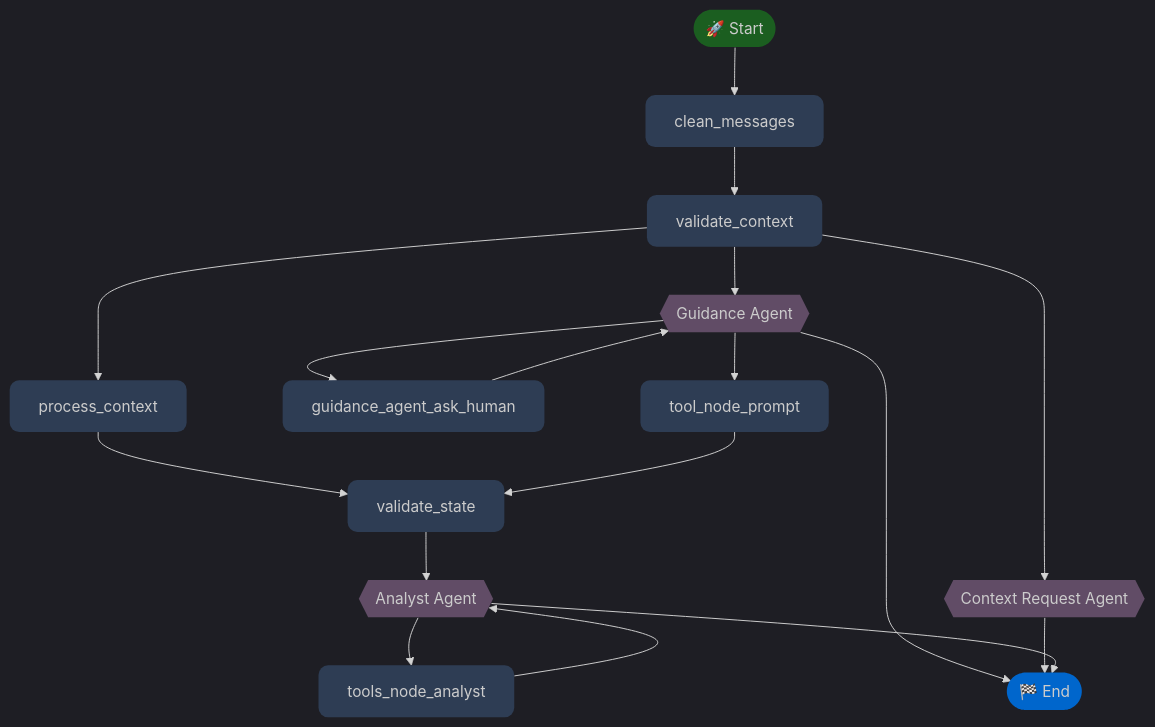
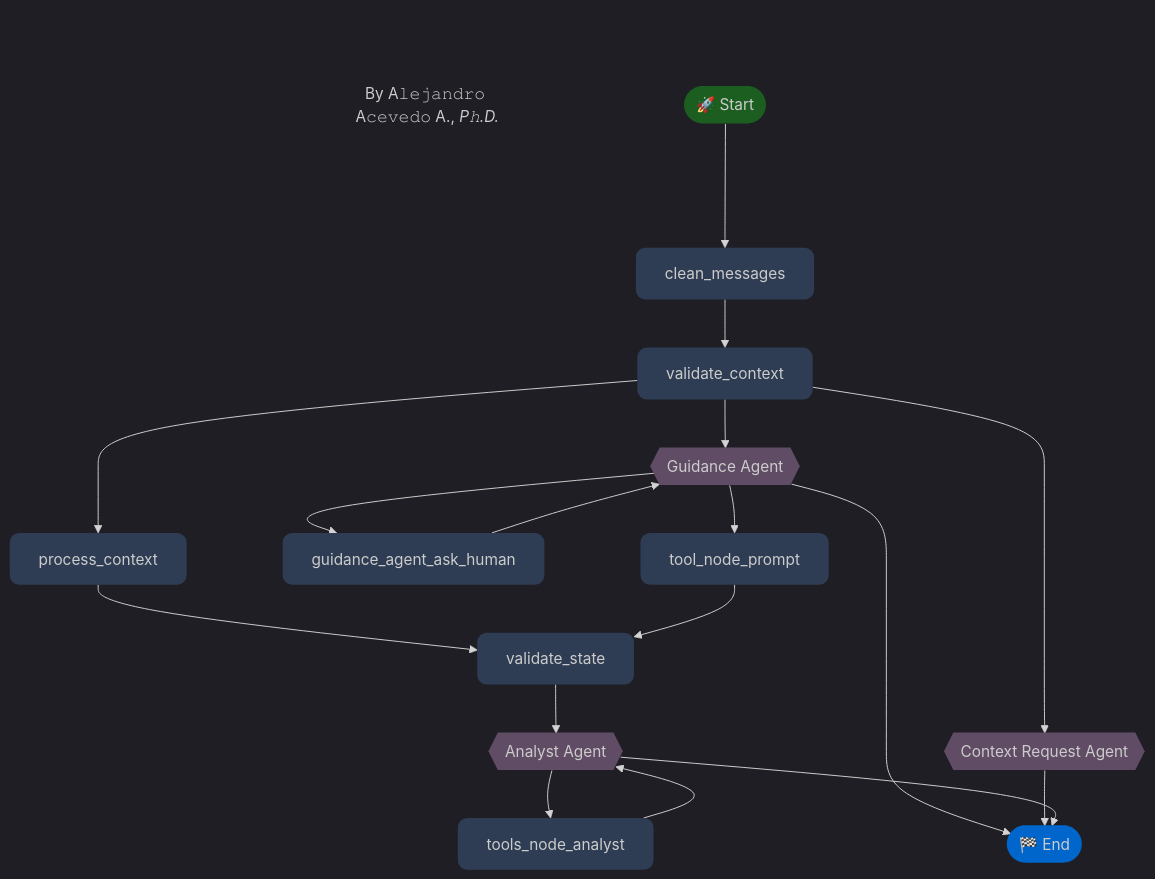
Before and after one commit to Cognition-Flux/Grokker: the diagram in README.md, drawn with Mermaid.

````diff
--- a/README.md
+++ b/README.md
@@ -9,48 +9,54 @@
 ```mermaid
 %%{
     init: {
         'theme': 'dark',
         'flowchart': {
             'curve': 'basis',
             'defaultLinkColor': '#4B6B8C',
             'nodeSpacing': 100,
             'rankSpacing': 50
         }
     }
 }%%
 graph TD;
+    subgraph author[" "]
+        direction LR
+        auth["By A𝚕𝚎𝚓𝚊𝚗𝚍𝚛𝚘 A𝚌𝚎𝚟𝚎𝚍𝚘 A., <i>P𝚑.D.</i>"]
+        style auth fill:none,stroke:none
+    end
+    style author fill:none,stroke:none
     START([🚀 Start]):::first --> clean_messages
     clean_messages --> validate_context
     
     validate_context --> guidance_agent{{Guidance Agent}}
     validate_context --> process_context
     validate_context --> context_request_agent{{Context Request Agent}}
     
     guidance_agent{{Guidance Agent}} --> guidance_agent_ask_human
     guidance_agent{{Guidance Agent}} --> tool_node_prompt
     guidance_agent{{Guidance Agent}} --> END([🏁 End]):::last
     
     guidance_agent_ask_human --> guidance_agent{{Guidance Agent}}
     
     process_context --> validate_state
     tool_node_prompt --> validate_state
     
     context_request_agent{{Context Request Agent}} --> END
     
     validate_state --> analyst_agent{{Analyst Agent}}
     
     analyst_agent{{Analyst Agent}} --> tools_node_analyst
     analyst_agent{{Analyst Agent}} --> END
     
     tools_node_analyst --> analyst_agent{{Analyst Agent}}
 
     classDef default fill:#2E3D54,stroke:none,rx:10,ry:10;
     classDef first fill:#1B5E20,stroke:none,rx:15,ry:15;
     classDef last fill:#0066CC,stroke:none,rx:15,ry:15;
     classDef agent fill:#614C66,stroke:none;
     
     %% Styling for agents
     style guidance_agent fill:#614C66,stroke:none
     style analyst_agent fill:#614C66,stroke:none
     style context_request_agent fill:#614C66,stroke:none
 ```
````
